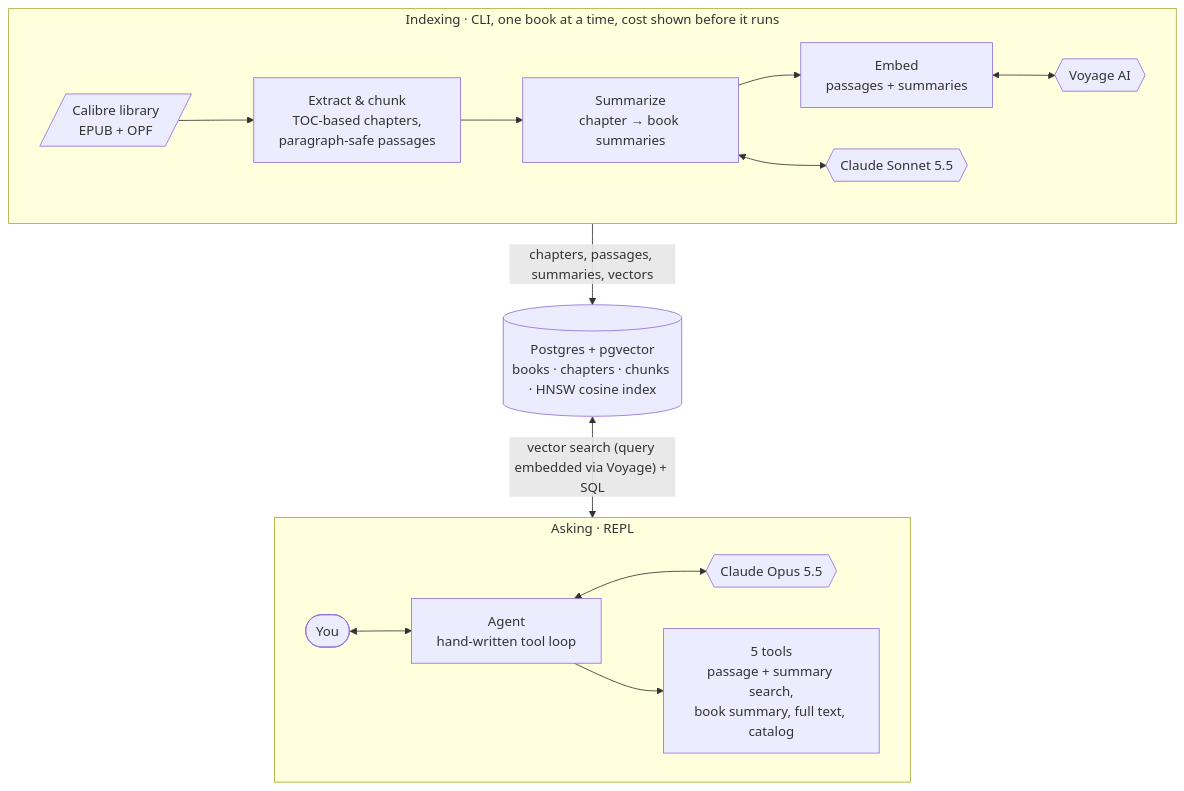
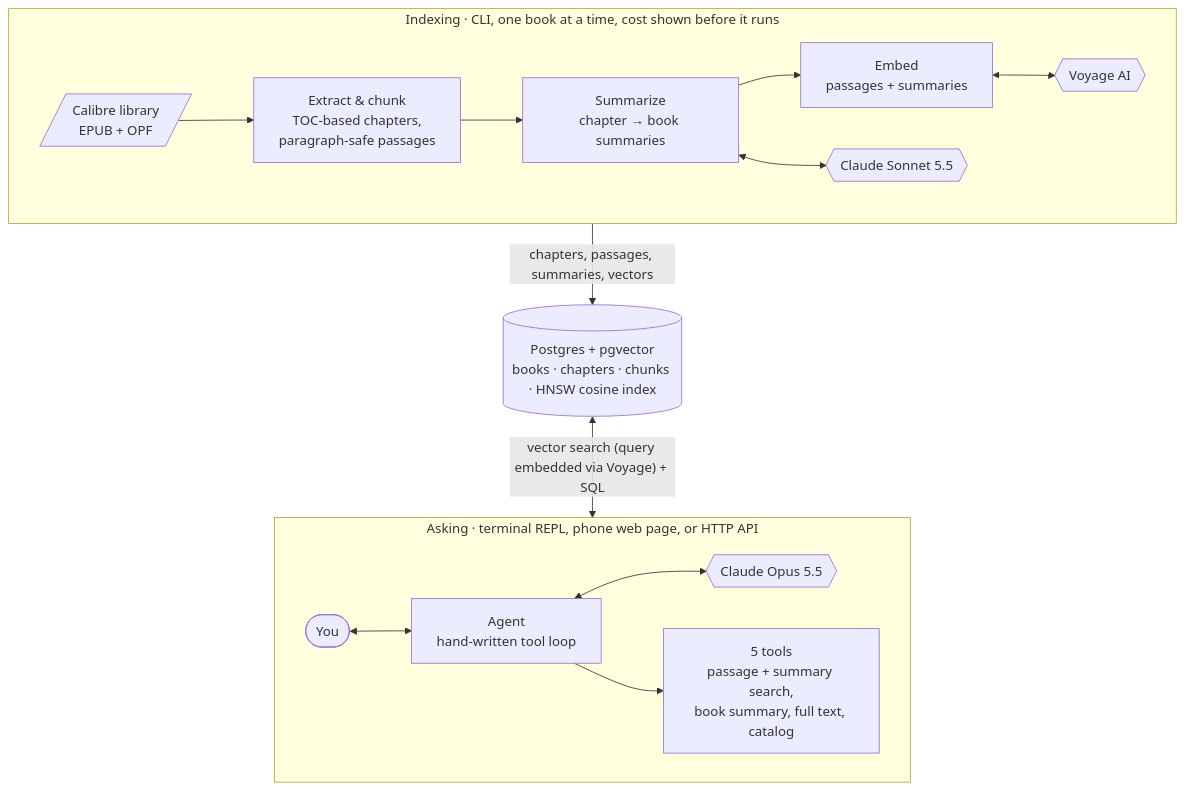
One commit to jacobpmeyer/chapter-and-verse changed the diagram in README.md. Above: the diagram before and after it, drawn with Mermaid. The commit also changed other lines of this file and 24 other files, not shown here.

First line of the commit message:
Add HTTP API, phone web page, and Docker packaging

````diff
--- a/README.md
+++ b/README.md
@@ -31,23 +31,23 @@
 ```mermaid
 flowchart TB
     subgraph IDX["Indexing · CLI, one book at a time, cost shown before it runs"]
         direction LR
         EPUB[/"Calibre library<br/>EPUB + OPF"/] --> EXT["Extract & chunk<br/>TOC-based chapters,<br/>paragraph-safe passages"]
         EXT --> SUM["Summarize<br/>chapter → book summaries"]
         SUM --> EMB["Embed<br/>passages + summaries"]
         SUM <--> SONNET{{"Claude Sonnet 5.5"}}
         EMB <--> VOY{{"Voyage AI"}}
     end
 
     PG[("Postgres + pgvector<br/>books · chapters · chunks · HNSW cosine index")]
 
-    subgraph ASK["Asking · REPL"]
+    subgraph ASK["Asking · terminal REPL, phone web page, or HTTP API"]
         direction LR
         USER(["You"]) <--> AGENT["Agent<br/>hand-written tool loop"]
         AGENT <--> OPUS{{"Claude Opus 5.5"}}
         AGENT --> TOOLS["5 tools<br/>passage + summary search,<br/>book summary, full text, catalog"]
     end
 
     IDX -- "chapters, passages, summaries, vectors" --> PG
     PG <-- "vector search (query embedded via Voyage) + SQL" --> ASK
 ```
````
